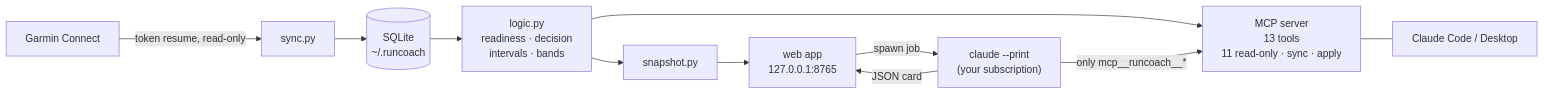
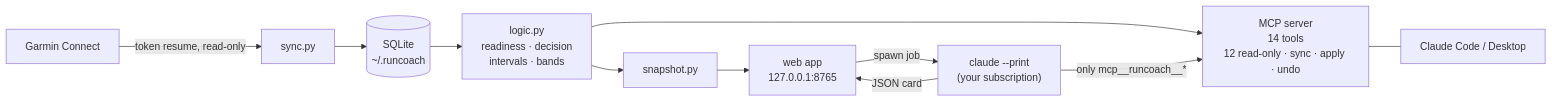
Before and after one commit to edxleon/runcoach-ai: the diagram in README.md, drawn with Mermaid. The commit also changed other lines of this file and 12 other files, not shown here.

````diff
--- a/README.md
+++ b/README.md
@@ -107,13 +107,13 @@
 ```mermaid
 flowchart LR
     G[Garmin Connect] -- "token resume, read-only" --> S[sync.py]
     S --> DB[(SQLite<br/>~/.runcoach)]
     DB --> L[logic.py<br/>readiness · decision<br/>intervals · bands]
     L --> SNAP[snapshot.py]
     SNAP --> WEB[web app<br/>127.0.0.1:8765]
-    L --> MCP[MCP server<br/>13 tools<br/>11 read-only · sync · apply]
+    L --> MCP[MCP server<br/>14 tools<br/>12 read-only · sync · apply · undo]
     WEB -- "spawn job" --> A["claude --print<br/>(your subscription)"]
     A -- "only mcp__runcoach__*" --> MCP
     A -- "JSON card" --> WEB
     MCP --- CC[Claude Code / Desktop]
 ```
````
